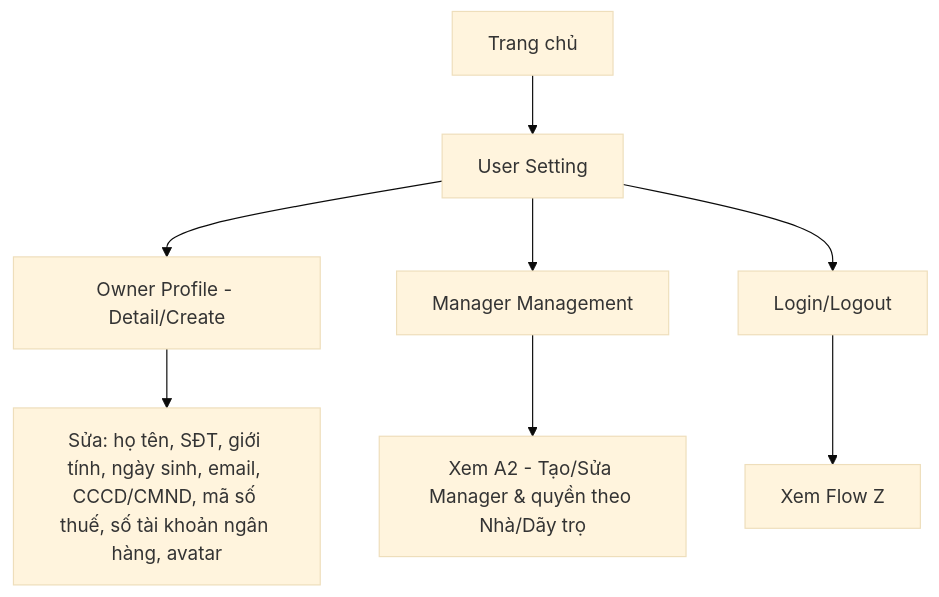
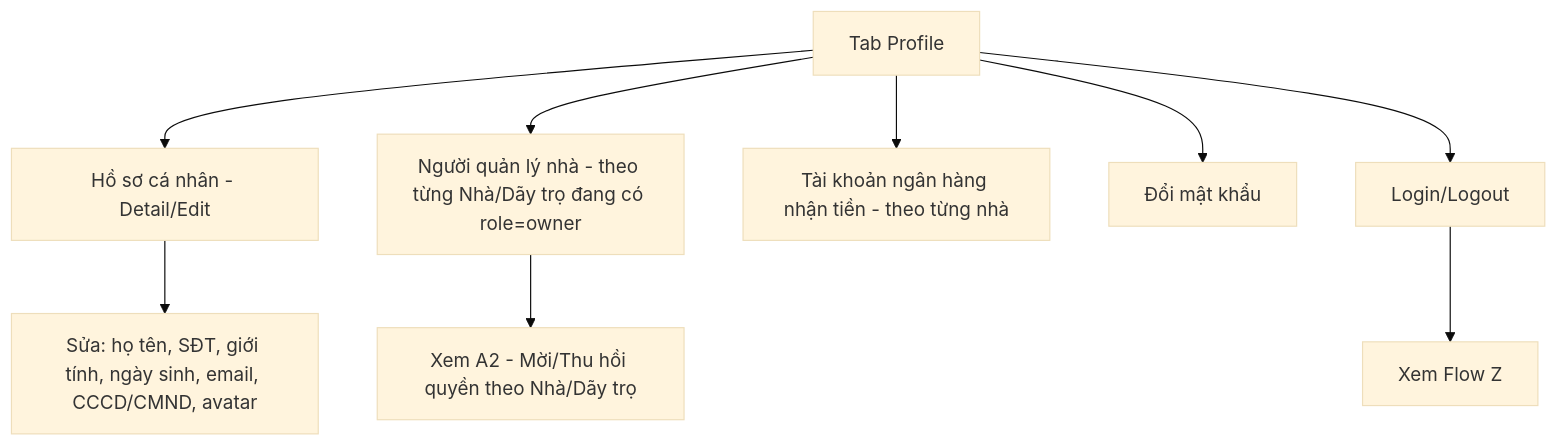
Before and after one commit to townsoft-dev/biztown-rent: the sixth of 8 diagrams in docs/USER-FLOWS.md, drawn with Mermaid (base theme). The commit also changed other lines of this file and 14 other files, not shown here.

Commit message:
chỉnh sửa version 3, theo yêu cầu bỏ bảng công tơ, quy định lại mỗi phòng 1 công tơ, tính phí dịch vụ theo m2, 1 hợp đồng có thể có nhiều phòng etc

````diff
--- a/docs/USER-FLOWS.md
+++ b/docs/USER-FLOWS.md
@@ -176,10 +178,11 @@
 ```mermaid
 flowchart TD
-    A[Trang chủ] --> B[User Setting]
-    B --> C[Owner Profile - Detail/Create]
-    C --> D[Sửa: họ tên, SĐT, giới tính, ngày sinh, email, CCCD/CMND, mã số thuế, số tài khoản ngân hàng, avatar]
-    B --> E[Manager Management]
-    E --> F[Xem A2 - Tạo/Sửa Manager & quyền theo Nhà/Dãy trọ]
-    B --> G[Login/Logout]
-    G --> H[Xem Flow Z]
+    A[Tab Profile] --> B[Hồ sơ cá nhân - Detail/Edit]
+    B --> C[Sửa: họ tên, SĐT, giới tính, ngày sinh, email, CCCD/CMND, avatar]
+    A --> D[Người quản lý nhà - theo từng Nhà/Dãy trọ đang có role=owner]
+    D --> E[Xem A2 - Mời/Thu hồi quyền theo Nhà/Dãy trọ]
+    A --> F[Tài khoản ngân hàng nhận tiền - theo từng nhà]
+    A --> G[Đổi mật khẩu]
+    A --> H[Login/Logout]
+    H --> I[Xem Flow Z]
 ```
````
